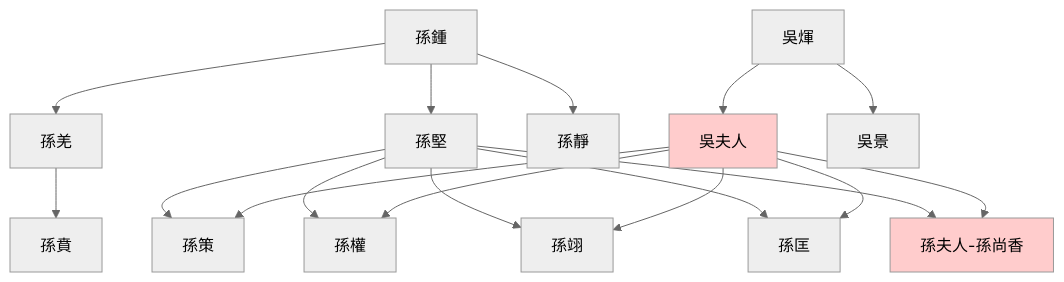
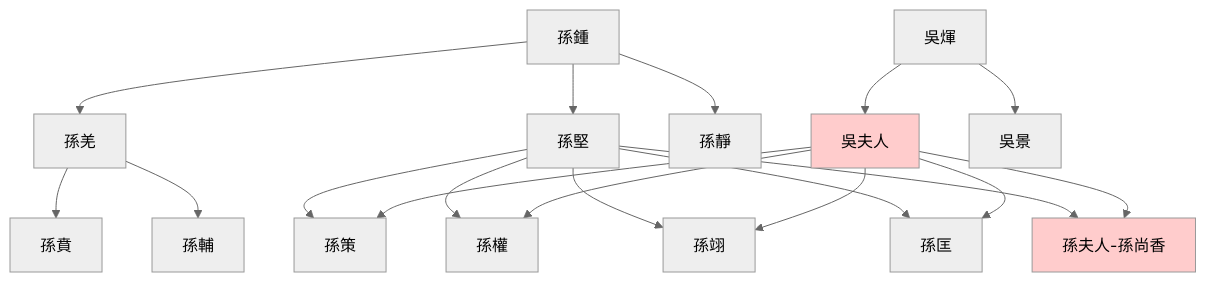
The diagram in 5_筆記/资治通鉴61.md (gamefang/zizhitongjian), drawn with Mermaid (neutral theme) before and after one commit. The commit also changed 9 other files, not shown here.

````diff
--- a/5_筆記/资治通鉴61.md
+++ b/5_筆記/资治通鉴61.md
@@ -28,25 +28,26 @@
 ```mermaid
 graph TB
 孫鍾-->孫羌
 孫羌-->孫賁
+孫羌-->孫輔
 
 孫鍾-->孫堅
 孫堅-->孫策
 孫堅-->孫權
 孫堅-->孫翊
 孫堅-->孫匡
 孫堅-->孫夫人-孫尚香
 
 孫鍾-->孫靜
 
 吳煇-->吳夫人
 吳煇-->吳景
 吳夫人-->孫策
 吳夫人-->孫權
 吳夫人-->孫翊
 吳夫人-->孫匡
 吳夫人-->孫夫人-孫尚香
 
 classDef female fill:#ffcccc
 class 吳夫人,孫夫人-孫尚香 female
 ```
````
